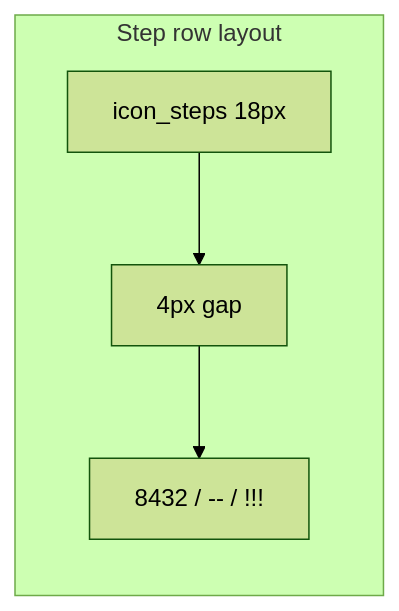
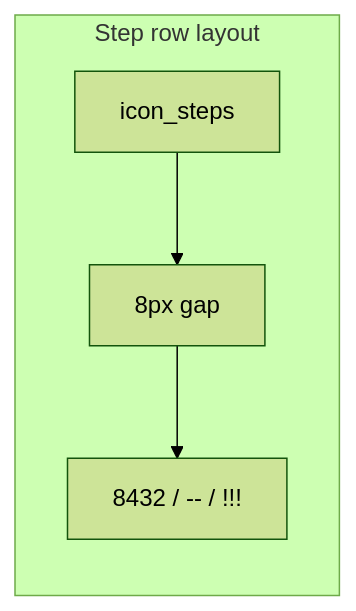
One commit to ygalanter/Clean_and_Smart changed the second of 2 diagrams in docs/configurable-display-rows.md. Above: the diagram before and after it, drawn with Mermaid (forest theme). The commit also changed other lines of this file, not shown here.

````diff
--- a/docs/configurable-display-rows.md
+++ b/docs/configurable-display-rows.md
@@ -205,9 +235,9 @@
 ```mermaid
 flowchart LR
   subgraph stepRow [Step row layout]
-    icon["icon_steps 18px"]
-    gap["4px gap"]
+    icon["icon_steps"]
+    gap["8px gap"]
     text["8432 / -- / !!!"]
     icon --> gap --> text
   end
 ```
````
